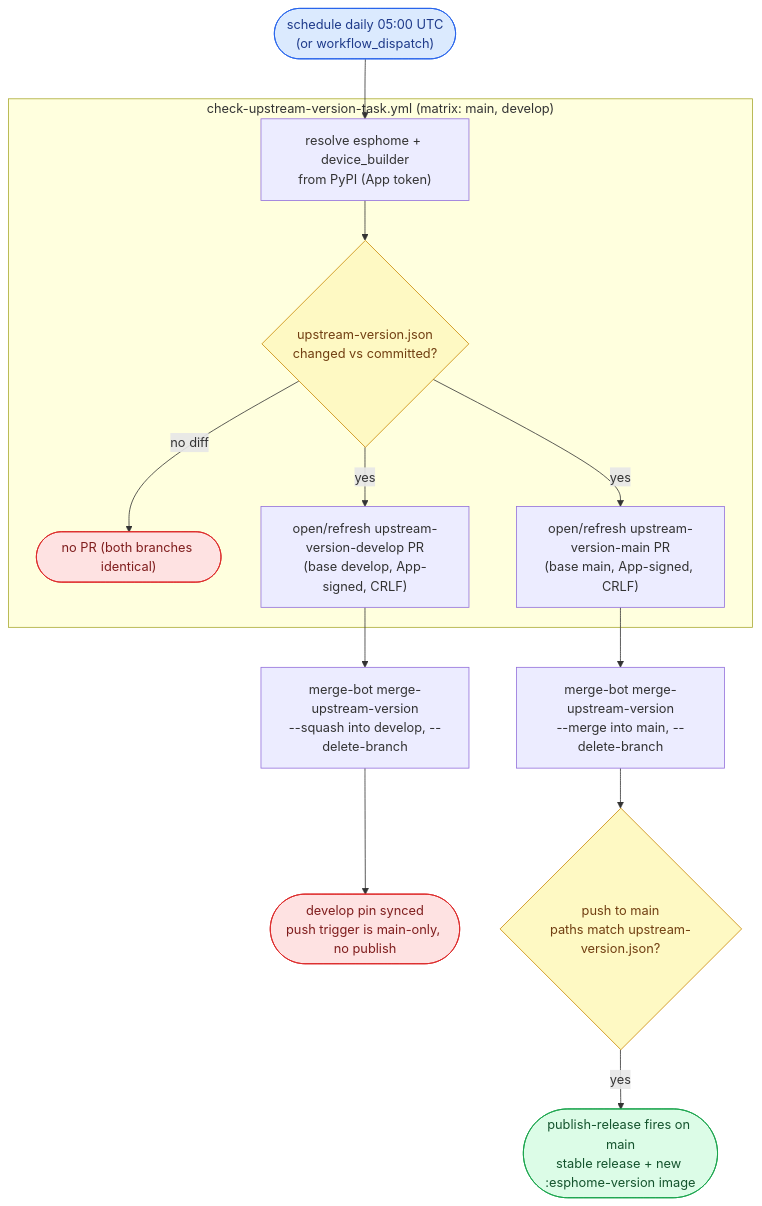
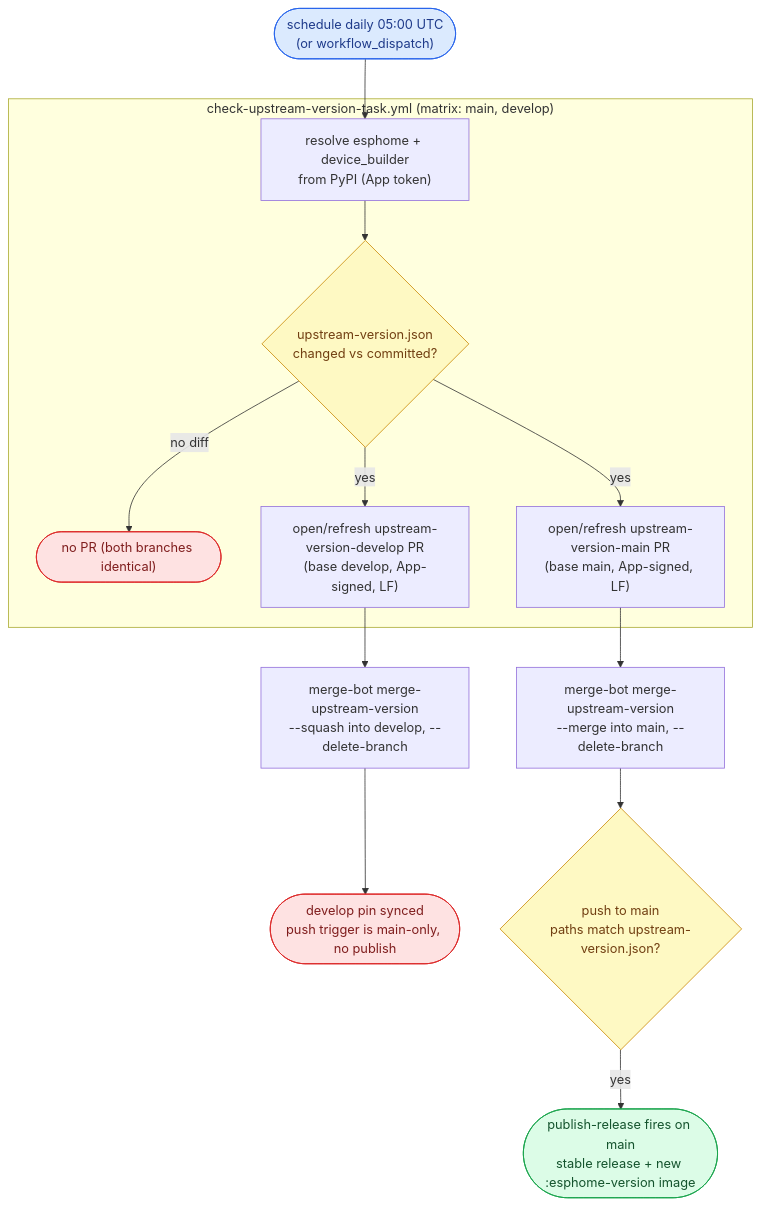
One commit to ptr727/ESPHome-NonRoot changed the fourth of 4 diagrams in WORKFLOW.md. Above: the diagram before and after it, drawn with Mermaid. The commit also changed other lines of this file and 34 other files, not shown here.

````diff
--- a/WORKFLOW.md
+++ b/WORKFLOW.md
@@ -414,19 +414,19 @@
 ```mermaid
 flowchart TD
     SCH(["schedule daily 05:00 UTC<br/>(or workflow_dispatch)"]):::trig --> RES
     subgraph CUT ["check-upstream-version-task.yml (matrix: main, develop)"]
         RES["resolve esphome + device_builder<br/>from PyPI (App token)"] --> CHG{"upstream-version.json<br/>changed vs committed?"}:::gate
         CHG -- "no diff" --> NOPR(["no PR (both branches identical)"]):::stop
-        CHG -- "yes" --> PRM["open/refresh upstream-version-main PR<br/>(base main, App-signed, CRLF)"]
-        CHG -- "yes" --> PRD["open/refresh upstream-version-develop PR<br/>(base develop, App-signed, CRLF)"]
+        CHG -- "yes" --> PRM["open/refresh upstream-version-main PR<br/>(base main, App-signed, LF)"]
+        CHG -- "yes" --> PRD["open/refresh upstream-version-develop PR<br/>(base develop, App-signed, LF)"]
     end
     PRM --> MMAIN["merge-bot merge-upstream-version<br/>--merge into main, --delete-branch"]
     PRD --> MDEV["merge-bot merge-upstream-version<br/>--squash into develop, --delete-branch"]
     MDEV --> DSYNC(["develop pin synced<br/>push trigger is main-only, no publish"]):::stop
     MMAIN --> PUSH{"push to main<br/>paths match upstream-version.json?"}:::gate
     PUSH -- "yes" --> PUB(["publish-release fires on main<br/>stable release + new :esphome-version image"]):::pub
     classDef trig fill:#dbeafe,stroke:#2563eb,color:#1e3a8a
     classDef gate fill:#fef9c3,stroke:#ca8a04,color:#713f12
     classDef pub fill:#dcfce7,stroke:#16a34a,color:#14532d
     classDef stop fill:#fee2e2,stroke:#dc2626,color:#7f1d1d
 ```
````
